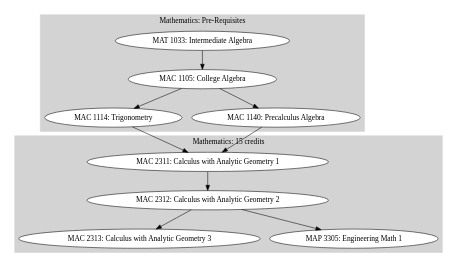
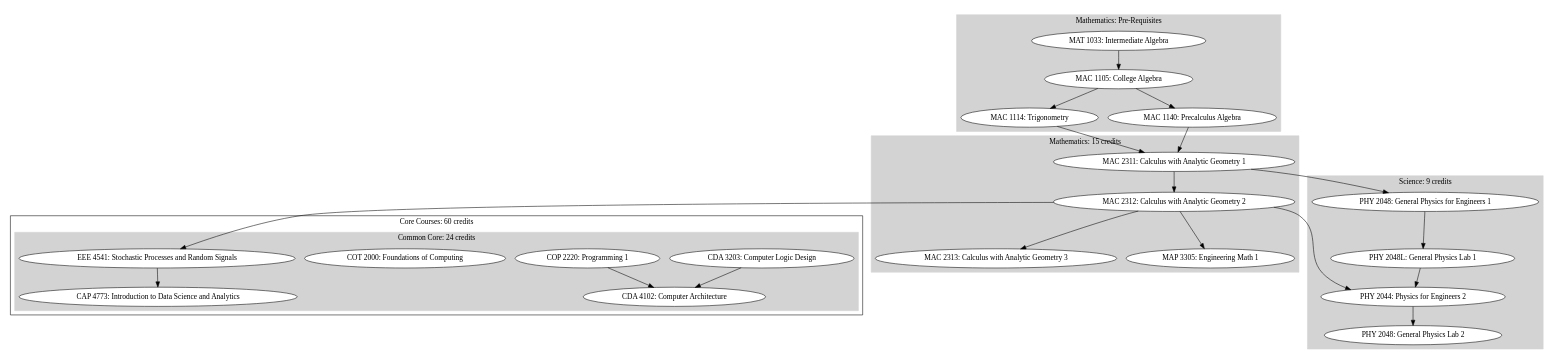
One commit to jdrowne/monorepo changed the diagram in education/course-sequences/fau-bscpe.gv. Above: the diagram before and after it, drawn with Graphviz.

Commit message:
Adding common core and science courses

```diff
--- a/education/course-sequences/fau-bscpe.gv
+++ b/education/course-sequences/fau-bscpe.gv
@@ -1,109 +1,189 @@
 digraph G {
+    CAP_4773 [
+        fillcolor = white,
+        label = "CAP 4773: Introduction to Data Science and Analytics",
+        style = filled
+    ]
+    
+    CDA_3203 [
+        fillcolor = white,
+        label = "CDA 3203: Computer Logic Design",
+        style = filled
+    ]
+    
+    CDA_4102 [
+        fillcolor = white,
+        label = "CDA 4102: Computer Architecture",
+        style = filled
+    ]
+    
+    COP_2220 [
+        fillcolor = white,
+        label = "COP 2220: Programming 1",
+        style = filled
+    ]
+    
+    COT_2000 [
+        fillcolor = white,
+        label = "COT 2000: Foundations of Computing ",
+        style = filled
+    ]
+    
+    EEE_4541 [
+        fillcolor = white,
+        label = "EEE 4541: Stochastic Processes and Random Signals",
+        style = filled
+    ]
+
     MAC_1105 [
         fillcolor = white,
         label = "MAC 1105: College Algebra",
         style = filled
     ]
     
     MAC_1114 [
         fillcolor = white,
         label = "MAC 1114: Trigonometry",
         style = filled
     ]
     
     MAC_1140 [
         fillcolor = white,
         label = "MAC 1140: Precalculus Algebra",
         style = filled
     ]
 
     MAC_2311 [
         fillcolor = white,
         label = "MAC 2311: Calculus with Analytic Geometry 1",
         style = filled
     ]
     
     MAC_2312 [
         fillcolor = white,
         label = "MAC 2312: Calculus with Analytic Geometry 2",
         style = filled
     ]
     
     MAC_2313 [
         fillcolor = white,
         label = "MAC 2313: Calculus with Analytic Geometry 3",
         style = filled
     ]
     
     MAP_3305 [
         fillcolor = white,
         label = "MAP 3305: Engineering Math 1",
         style = filled
     ]
 
     MAT_1033 [
         fillcolor = white,
         label = "MAT 1033: Intermediate Algebra",
         style = filled
     ]
 
+    PHY_2048 [
+        fillcolor = white,
+        label = "PHY 2048: General Physics for Engineers 1",
+        style = filled
+    ]
+
+    PHY_2048L [
+        fillcolor = white,
+        label = "PHY 2048L: General Physics Lab 1",
+        style = filled
+    ]
+
+    PHY_2044 [
+        fillcolor = white,
+        label = "PHY 2044: Physics for Engineers 2",
+        style = filled
+    ]
+
+    PHY_2049L [
+        fillcolor = white,
+        label = "PHY 2048: General Physics Lab 2",
+        style = filled
+    ]
+
     subgraph cluster_0 {
         color = invis
-        
+
         subgraph cluster_0 {
             color = lightgrey
             label = "Mathematics: Pre-Requisites"
             style = filled
             
             node [
                 color = white,
                 style = filled
             ]
 
             MAC_1105  -> MAC_1114
             MAC_1105  -> MAC_1140
 
             MAT_1033  -> MAC_1105
         }
 
         subgraph cluster_1 {
             color = lightgrey
             label = "Mathematics: 15 credits"
             style = filled
             
             node [
                 color = white,
                 style = filled
             ]
 
             MAC_2311  -> MAC_2312
             MAC_2312  -> MAC_2313
             MAC_2312  -> MAP_3305
         }
 
         MAC_1114  -> MAC_2311
         MAC_1140  -> MAC_2311
     }
 
     subgraph cluster_1 {
         color = lightgrey
         label = "Science: 9 credits"
         style = filled
         
         node [
             color = white,
             style = filled
         ]
+
+        PHY_2048  -> PHY_2048L
+        PHY_2048L -> PHY_2044
+        PHY_2044  -> PHY_2049L
     }
 
     subgraph cluster_2 {
-        color = lightgrey
         label = "Core Courses: 60 credits"
-        style = filled
         
-        node [
-            color = white,
+        subgraph cluster_0 {
+            color = lightgrey
+            label = "Common Core: 24 credits"
             style = filled
-        ]
+
+            node [
+                color = white,
+                style = filled
+            ]
+
+            COT_2000
+
+            CDA_3203  -> CDA_4102
+            
+            COP_2220  -> CDA_4102
+            
+            EEE_4541  -> CAP_4773
+        }
     }
+
+    MAC_2311  -> PHY_2048
+    MAC_2312  -> EEE_4541
+    MAC_2312  -> PHY_2044
 }
```
